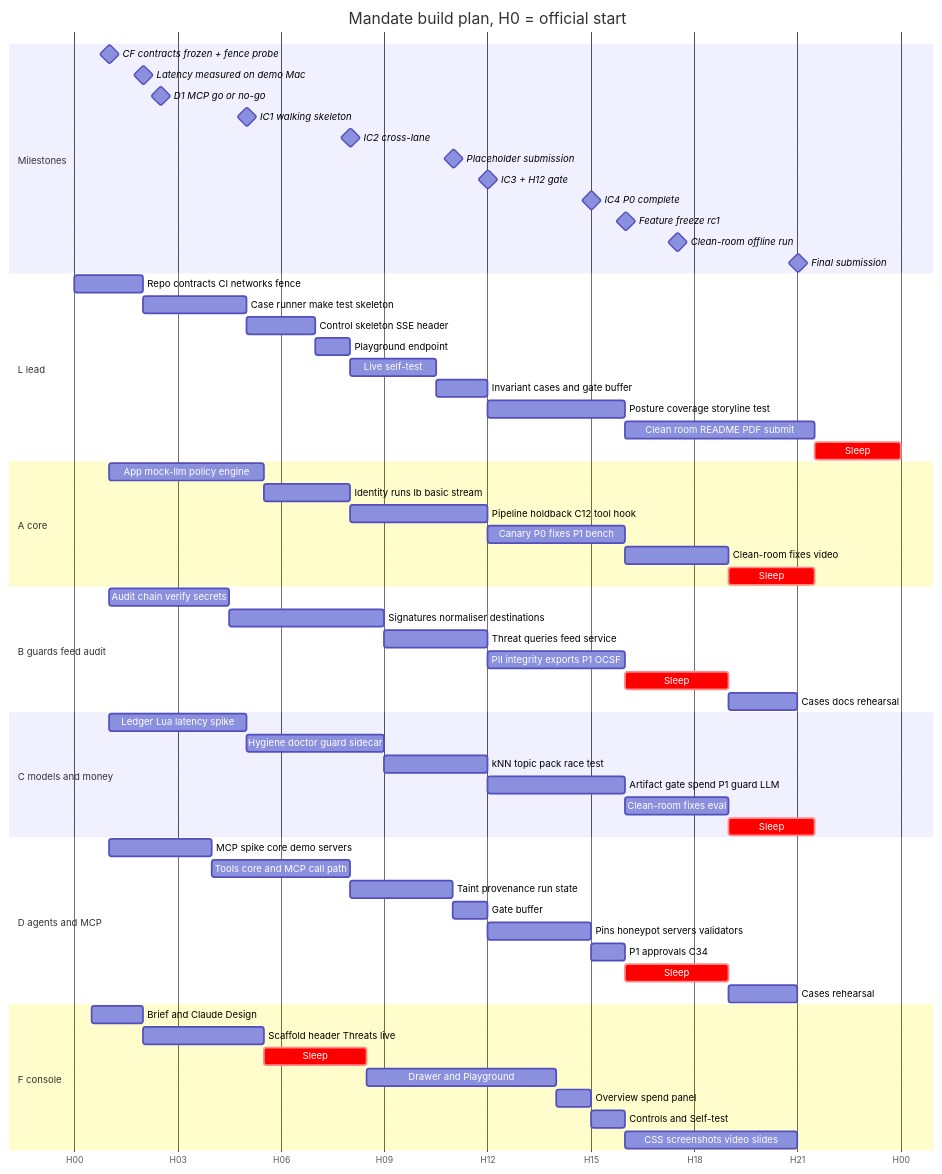
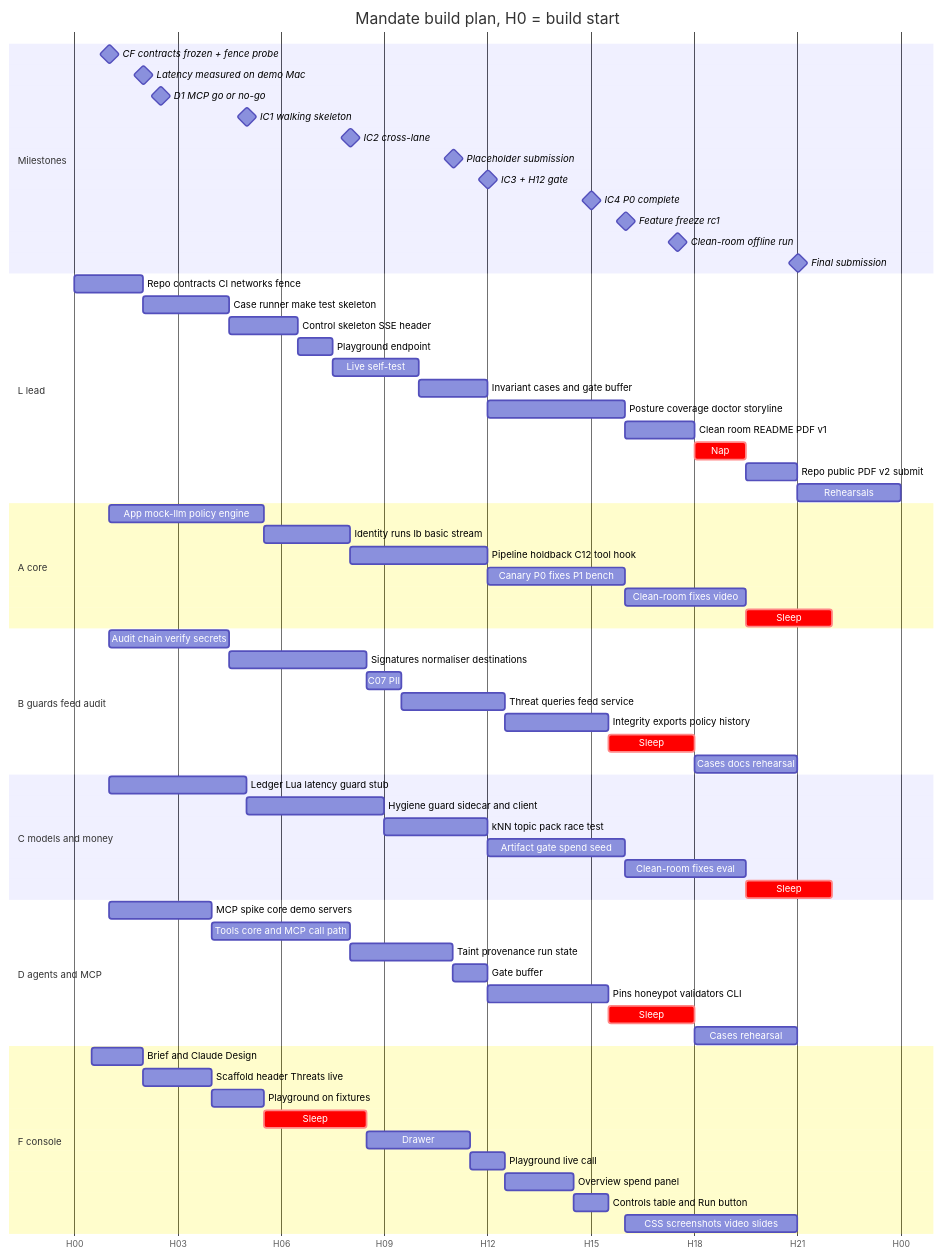
One commit to damianlech/HackYeah26 changed the sixth of 6 diagrams in design/VISION-SPEC.md. Above: the diagram before and after it, drawn with Mermaid. The commit also changed other lines of this file and 2 other files, not shown here.

First line of the commit message:
VISION-SPEC v1.1: re-baselined timeline (two deadline scenarios), rebalanced lanes, ownership gaps, ordering fixes, ReDoS correction, feed/case/audit contract additions; lane cards synced; feed tiers aligned

````diff
--- a/design/VISION-SPEC.md
+++ b/design/VISION-SPEC.md
@@ -1935,66 +2035,71 @@
 ```mermaid
 gantt
-  title Mandate build plan, H0 = official start
+  title Mandate build plan, H0 = build start
   dateFormat HH:mm
   axisFormat H%H
+  todayMarker off
   section Milestones
   CF contracts frozen + fence probe   :milestone, m0, 01:00, 2m
   Latency measured on demo Mac        :milestone, m1, 02:00, 2m
   D1 MCP go or no-go                  :milestone, m2, 02:30, 2m
   IC1 walking skeleton                :milestone, m3, 05:00, 2m
   IC2 cross-lane                      :milestone, m4, 08:00, 2m
   Placeholder submission              :milestone, m5, 11:00, 2m
   IC3 + H12 gate                      :milestone, m6, 12:00, 2m
   IC4 P0 complete                     :milestone, m7, 15:00, 2m
   Feature freeze rc1                  :milestone, m8, 16:00, 2m
   Clean-room offline run              :milestone, m9, 17:30, 2m
   Final submission                    :milestone, m10, 21:00, 2m
   section L lead
   Repo contracts CI networks fence    :l1, 00:00, 120m
-  Case runner make test skeleton      :l2, 02:00, 180m
-  Control skeleton SSE header         :l3, 05:00, 120m
-  Playground endpoint                 :l7, 07:00, 60m
-  Live self-test                      :l5, 08:00, 150m
-  Invariant cases and gate buffer     :l4, 10:30, 90m
-  Posture coverage storyline test     :l6, 12:00, 240m
-  Clean room README PDF submit        :l9, 16:00, 330m
-  Sleep                               :crit, ls, 21:30, 150m
+  Case runner make test skeleton      :l2, 02:00, 150m
+  Control skeleton SSE header         :l3, 04:30, 120m
+  Playground endpoint                 :l7, 06:30, 60m
+  Live self-test                      :l5, 07:30, 150m
+  Invariant cases and gate buffer     :l4, 10:00, 120m
+  Posture coverage doctor storyline   :l6, 12:00, 240m
+  Clean room README PDF v1            :l9, 16:00, 120m
+  Nap                                 :crit, ls, 18:00, 90m
+  Repo public PDF v2 submit           :l10, 19:30, 90m
+  Rehearsals                          :l11, 21:00, 180m
   section A core
   App mock-llm policy engine          :a1, 01:00, 270m
   Identity runs lb basic stream       :a3, 05:30, 150m
   Pipeline holdback C12 tool hook     :a5, 08:00, 240m
   Canary P0 fixes P1 bench            :a7, 12:00, 240m
-  Clean-room fixes video              :a8, 16:00, 180m
-  Sleep                               :crit, as, 19:00, 150m
+  Clean-room fixes video              :a8, 16:00, 210m
+  Sleep                               :crit, as, 19:30, 150m
   section B guards feed audit
   Audit chain verify secrets          :b1, 01:00, 210m
-  Signatures normaliser destinations  :b3, 04:30, 270m
-  Threat queries feed service         :b5, 09:00, 180m
-  PII integrity exports P1 OCSF       :b6, 12:00, 240m
-  Sleep                               :crit, bs, 16:00, 180m
-  Cases docs rehearsal                :b8, 19:00, 120m
+  Signatures normaliser destinations  :b3, 04:30, 240m
+  C07 PII                             :b6, 08:30, 60m
+  Threat queries feed service         :b5, 09:30, 180m
+  Integrity exports policy history    :b7, 12:30, 180m
+  Sleep                               :crit, bs, 15:30, 150m
+  Cases docs rehearsal                :b8, 18:00, 180m
   section C models and money
-  Ledger Lua latency spike            :c1, 01:00, 240m
-  Hygiene doctor guard sidecar        :c2, 05:00, 240m
+  Ledger Lua latency guard stub       :c1, 01:00, 240m
+  Hygiene guard sidecar and client    :c2, 05:00, 240m
   kNN topic pack race test            :c4, 09:00, 180m
-  Artifact gate spend P1 guard LLM    :c5, 12:00, 240m
-  Clean-room fixes eval               :c7, 16:00, 180m
-  Sleep                               :crit, cs, 19:00, 150m
+  Artifact gate spend seed            :c5, 12:00, 240m
+  Clean-room fixes eval               :c7, 16:00, 210m
+  Sleep                               :crit, cs, 19:30, 150m
   section D agents and MCP
   MCP spike core demo servers         :d1, 01:00, 180m
   Tools core and MCP call path        :d3, 04:00, 240m
   Taint provenance run state          :d4, 08:00, 180m
   Gate buffer                         :d9, 11:00, 60m
-  Pins honeypot servers validators    :d5, 12:00, 180m
-  P1 approvals C34                    :d6, 15:00, 60m
-  Sleep                               :crit, ds, 16:00, 180m
-  Cases rehearsal                     :d8, 19:00, 120m
+  Pins honeypot validators CLI        :d5, 12:00, 210m
+  Sleep                               :crit, ds, 15:30, 150m
+  Cases rehearsal                     :d8, 18:00, 180m
   section F console
   Brief and Claude Design             :f1, 00:30, 90m
-  Scaffold header Threats live        :f2, 02:00, 210m
+  Scaffold header Threats live        :f2, 02:00, 120m
+  Playground on fixtures              :f5, 04:00, 90m
   Sleep                               :crit, fs, 05:30, 180m
-  Drawer and Playground               :f3, 08:30, 330m
-  Overview spend panel                :f6, 14:00, 60m
-  Controls and Self-test              :f7, 15:00, 60m
+  Drawer                              :f3, 08:30, 180m
+  Playground live call                :f5b, 11:30, 60m
+  Overview spend panel                :f6, 12:30, 120m
+  Controls table and Run button       :f7, 14:30, 60m
   CSS screenshots video slides        :f8, 16:00, 300m
 ```
````
